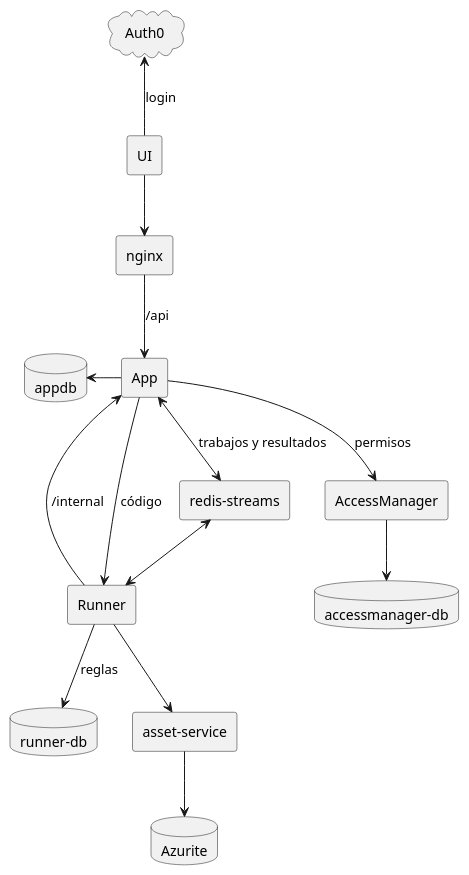
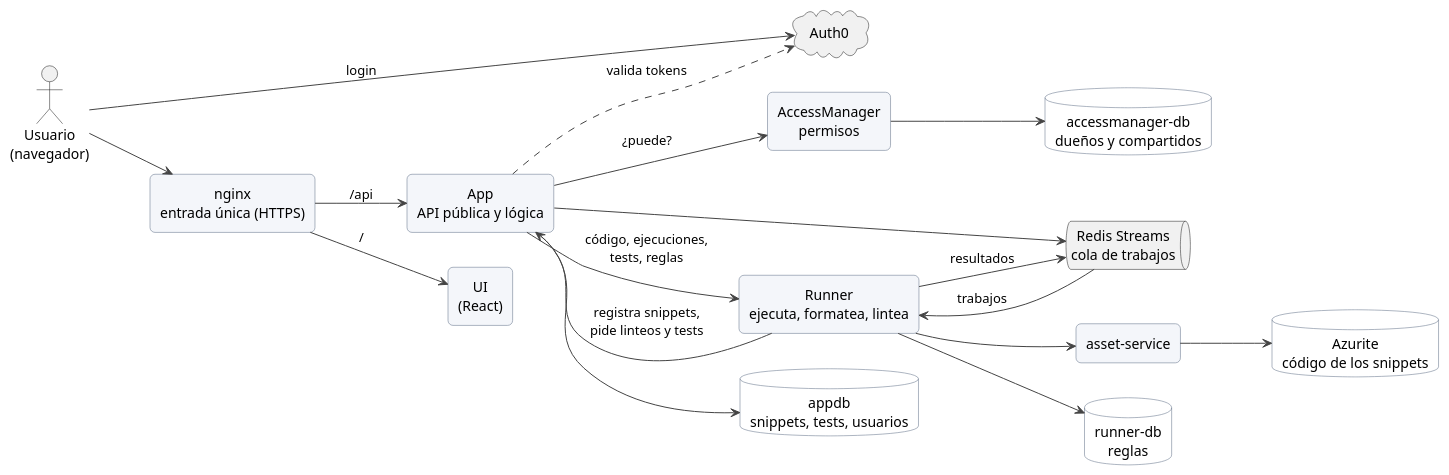
Before and after one commit to Grupo-14-INGSIS/SnippetSearcher-Infrastructure: the diagram in Documentación/diagramas/arquitectura_simple.puml, drawn with PlantUML. The commit also changed 12 other files, not shown here.

Commit message:
feat: sacar JSONB de las bases (migraciones 002-005), docs y diagrama simple

```diff
--- a/Documentación/diagramas/arquitectura_simple.puml
+++ b/Documentación/diagramas/arquitectura_simple.puml
@@ -1,36 +1,56 @@
 @startuml
-' Vista simple: los 4 servicios, sus bases y con quién habla cada uno.
+' Vista simple: los 4 servicios, sus bases y con quién habla cada uno, por capas.
 ' Basado en el uml_graph original (dic. 2025), actualizado a la arquitectura actual.
-' Generar la imagen: java -jar plantuml.jar -tpng arquitectura_simple.puml
+' Generar la imagen: java -jar plantuml.jar -tpng -Playout=smetana arquitectura_simple.puml
+left to right direction
+skinparam shadowing false
+skinparam defaultTextAlignment center
+skinparam roundCorner 10
+skinparam ArrowColor #444444
+skinparam rectangle {
+  BackgroundColor #F4F6FA
+  BorderColor #5B6B82
+}
+skinparam database {
+  BackgroundColor #FFFFFF
+  BorderColor #5B6B82
+}
 
-cloud Auth0
-agent UI
-agent "nginx" as nginx
+actor "Usuario\n(navegador)" as user
+cloud "Auth0" as auth0
 
-together {
-  agent App
-  agent Runner
-}
-agent AccessManager
+rectangle "nginx\nentrada única (HTTPS)" as nginx
 
-database appdb
-database "runner-db" as runnerdb
-database "accessmanager-db" as amdb
-agent "redis-streams" as redis
-agent "asset-service" as asset
-database Azurite
+rectangle "UI\n(React)" as ui
+rectangle "App\nAPI pública y lógica" as app
+rectangle "AccessManager\npermisos" as am
+rectangle "Runner\nejecuta, formatea, lintea" as runner
 
-UI -up-> Auth0 : login
-UI -down-> nginx
-nginx -down-> App : /api
-App -right-> Runner : código
-Runner -left-> App : /internal
-App -down-> AccessManager : permisos
-App -left-> appdb
-App <-down-> redis : trabajos y resultados
-redis <-down-> Runner
-Runner -down-> runnerdb : reglas
-Runner -down-> asset
-asset -down-> Azurite
-AccessManager -down-> amdb
+queue "Redis Streams\ncola de trabajos" as redis
+rectangle "asset-service" as asset
+
+database "appdb\nsnippets, tests, usuarios" as appdb
+database "accessmanager-db\ndueños y compartidos" as amdb
+database "runner-db\nreglas" as rdb
+database "Azurite\ncódigo de los snippets" as az
+
+user --> auth0 : login
+user --> nginx
+nginx --> ui : /
+nginx --> app : /api
+app ..> auth0 : valida tokens
+
+app --> am : ¿puede?
+app --> runner : código, ejecuciones,\ntests, reglas
+runner --> app : registra snippets,\npide linteos y tests
+
+app --> redis
+redis --> runner : trabajos
+runner --> redis : resultados
+
+am --> amdb
+app --> appdb
+runner --> rdb
+runner --> asset
+asset --> az
 @enduml
```
